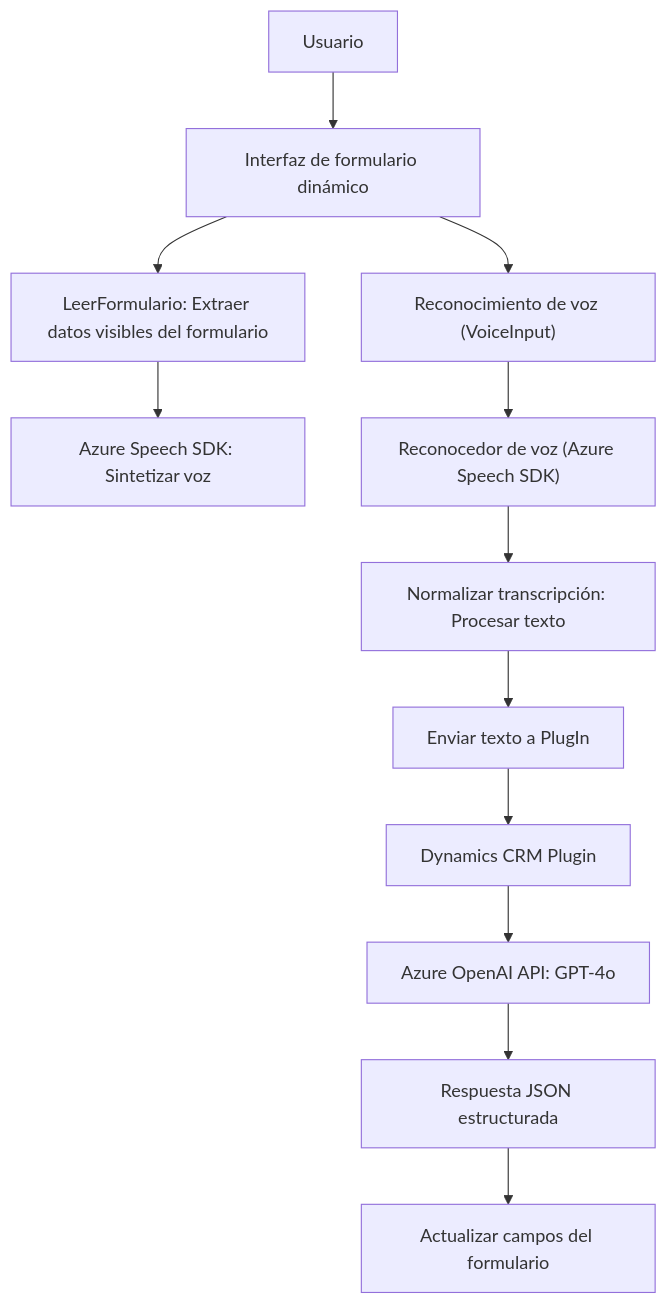
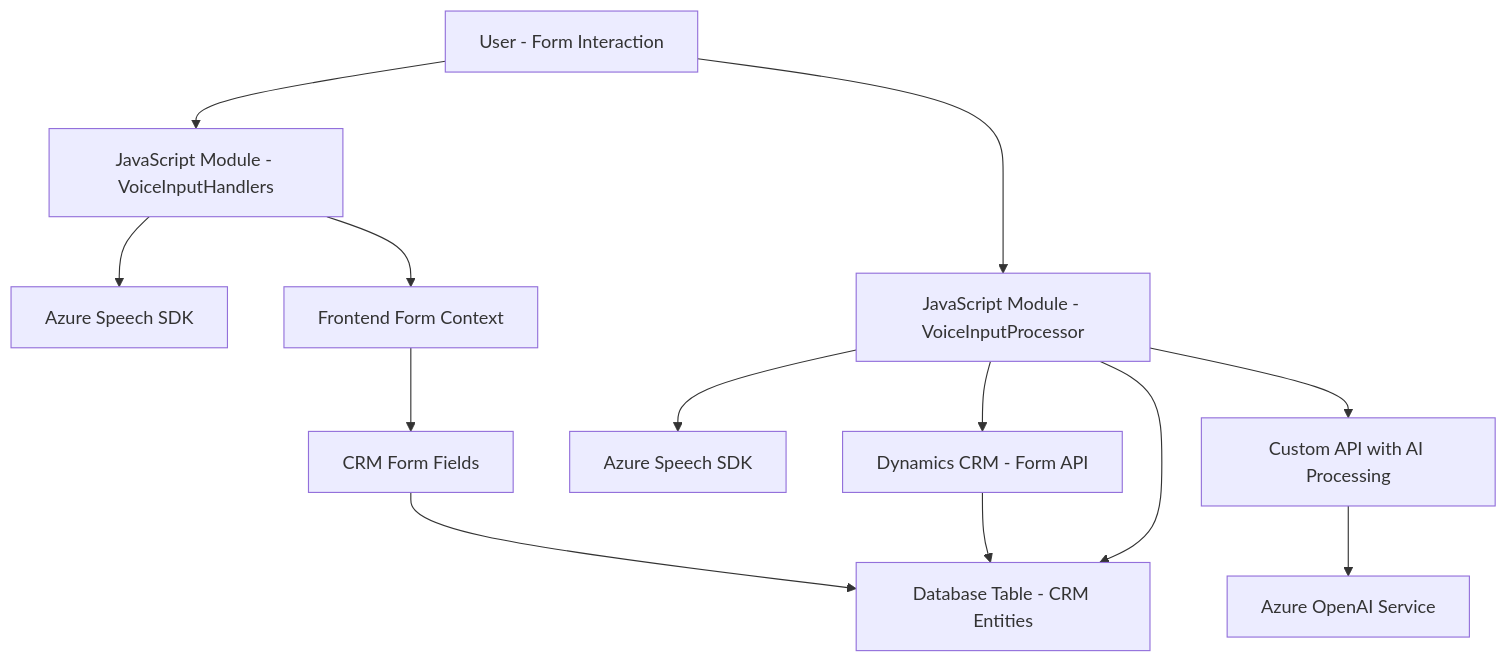
One commit to blopezdm/NETCORE_BILBAO2025 changed the diagram in README.md. Above: the diagram before and after it, drawn with Mermaid. The commit also changed other lines of this file, not shown here.

Commit message:
Actualizar análisis global de la solución con IA

````diff
--- a/README.md
+++ b/README.md
@@ -52,14 +38,18 @@
 ```mermaid
 graph TD
-    A["Usuario"] --> B["Interfaz de formulario dinámico"]
-    B --> C["LeerFormulario: Extraer datos visibles del formulario"]
-    B --> D["Reconocimiento de voz (VoiceInput)"]
-    C --> E["Azure Speech SDK: Sintetizar voz"]
-    D --> F["Reconocedor de voz (Azure Speech SDK)"]
-    F --> G["Normalizar transcripción: Procesar texto"]
-    G --> H["Enviar texto a PlugIn"]
-    H --> I["Dynamics CRM Plugin"]
-    I --> J["Azure OpenAI API: GPT-4o"]
-    J --> K["Respuesta JSON estructurada"]
-    K --> L["Actualizar campos del formulario"]
+    A["User - Form Interaction"] --> B["JavaScript Module - VoiceInputHandlers"]
+    B --> C["Azure Speech SDK"]
+    B --> D["Frontend Form Context"]
+    D --> E["CRM Form Fields"]
+
+    A --> F["JavaScript Module - VoiceInputProcessor"]
+    F --> G["Azure Speech SDK"]
+    F --> H["Custom API with AI Processing"]
+    F --> I["Dynamics CRM - Form API"]
+
+    E --> J["Database Table - CRM Entities"]
+    I --> J
+    F --> J
+
+    H --> K["Azure OpenAI Service"]
 ```
````
